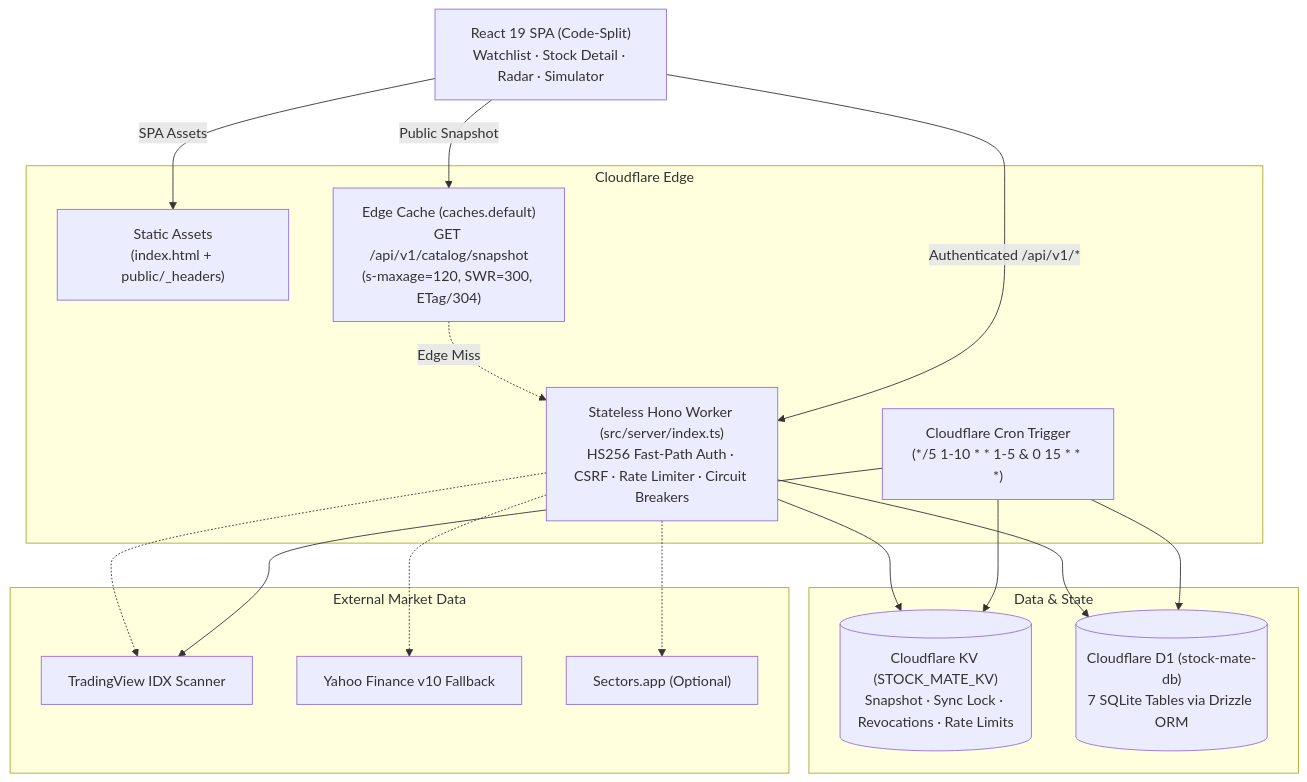
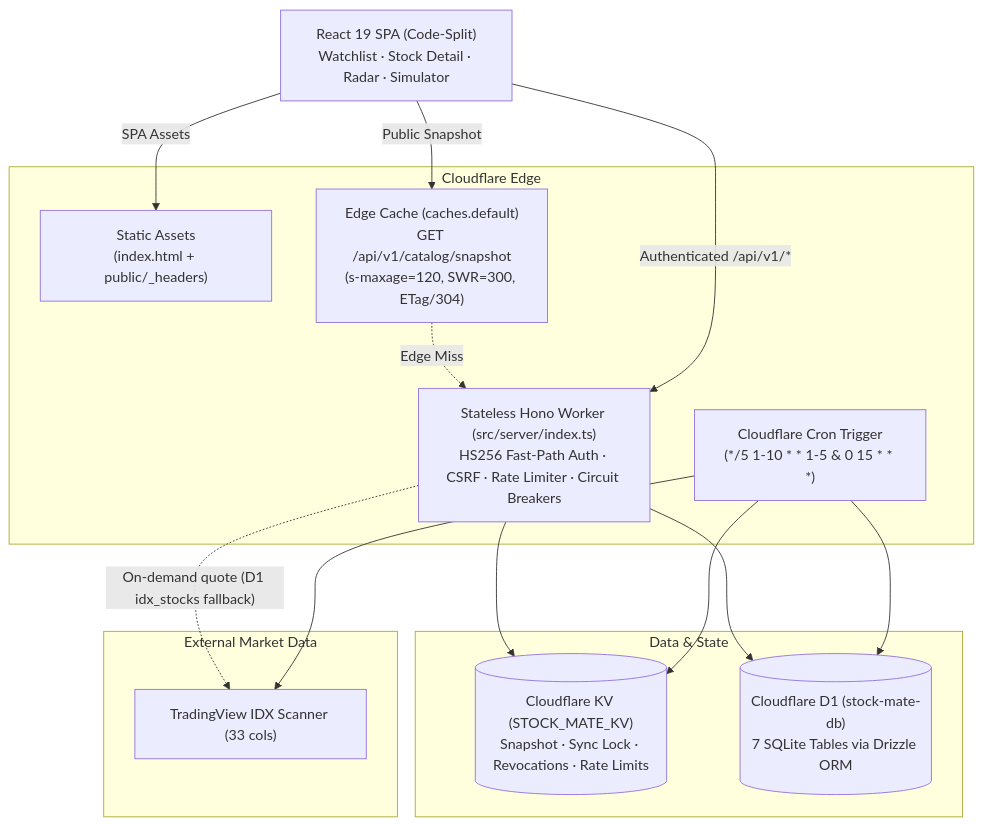
The third of 3 diagrams in README.md (charlybutar21/stock-mate-v2), drawn with Mermaid before and after one commit. The commit also changed other lines of this file and 28 other files, not shown here.

Commit message:
refactor(market-data): use TradingView-only with D1 idx_stocks fallback

````diff
--- a/README.md
+++ b/README.md
@@ -183,35 +183,31 @@
 ```mermaid
 flowchart TB
     Browser["React 19 SPA (Code-Split)<br/>Watchlist · Stock Detail · Radar · Simulator"]
 
     subgraph Edge["Cloudflare Edge"]
         Assets["Static Assets<br/>(index.html + public/_headers)"]
         Cache["Edge Cache (caches.default)<br/>GET /api/v1/catalog/snapshot<br/>(s-maxage=120, SWR=300, ETag/304)"]
         Worker["Stateless Hono Worker (src/server/index.ts)<br/>HS256 Fast-Path Auth · CSRF · Rate Limiter · Circuit Breakers"]
         Cron["Cloudflare Cron Trigger<br/>(*/5 1-10 * * 1-5 & 0 15 * * *)"]
     end
 
     subgraph Data["Data & State"]
         KV[("Cloudflare KV (STOCK_MATE_KV)<br/>Snapshot · Sync Lock · Revocations · Rate Limits")]
         D1[("Cloudflare D1 (stock-mate-db)<br/>7 SQLite Tables via Drizzle ORM")]
     end
 
     subgraph Upstream["External Market Data"]
-        TV["TradingView IDX Scanner"]
-        YF["Yahoo Finance v10 Fallback"]
-        SA["Sectors.app (Optional)"]
+        TV["TradingView IDX Scanner (33 cols)"]
     end
 
     Browser -->|"SPA Assets"| Assets
     Browser -->|"Public Snapshot"| Cache
     Cache -.->|"Edge Miss"| Worker
     Browser -->|"Authenticated /api/v1/*"| Worker
     Worker --> KV
     Worker --> D1
-    Worker -.-> TV
-    Worker -.-> YF
-    Worker -.-> SA
+    Worker -.->|"On-demand quote (D1 idx_stocks fallback)"| TV
     Cron --> TV
     Cron --> D1
     Cron --> KV
 ```
````
